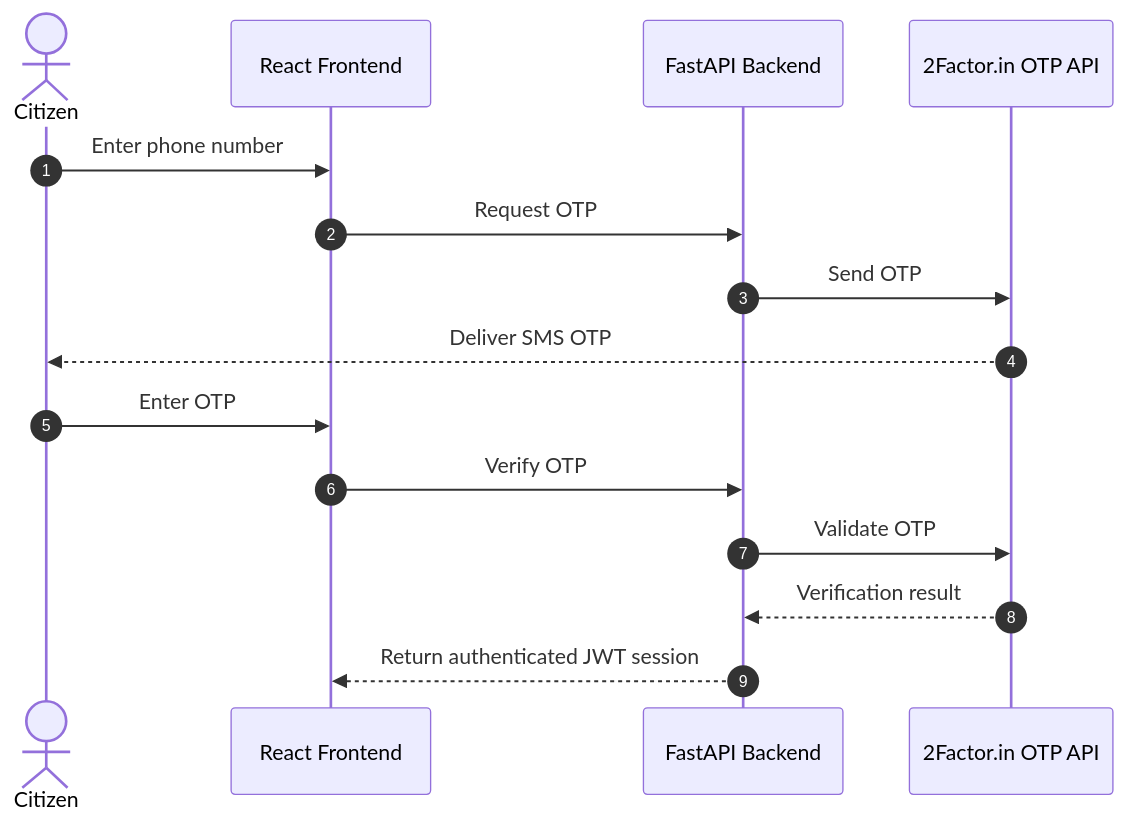
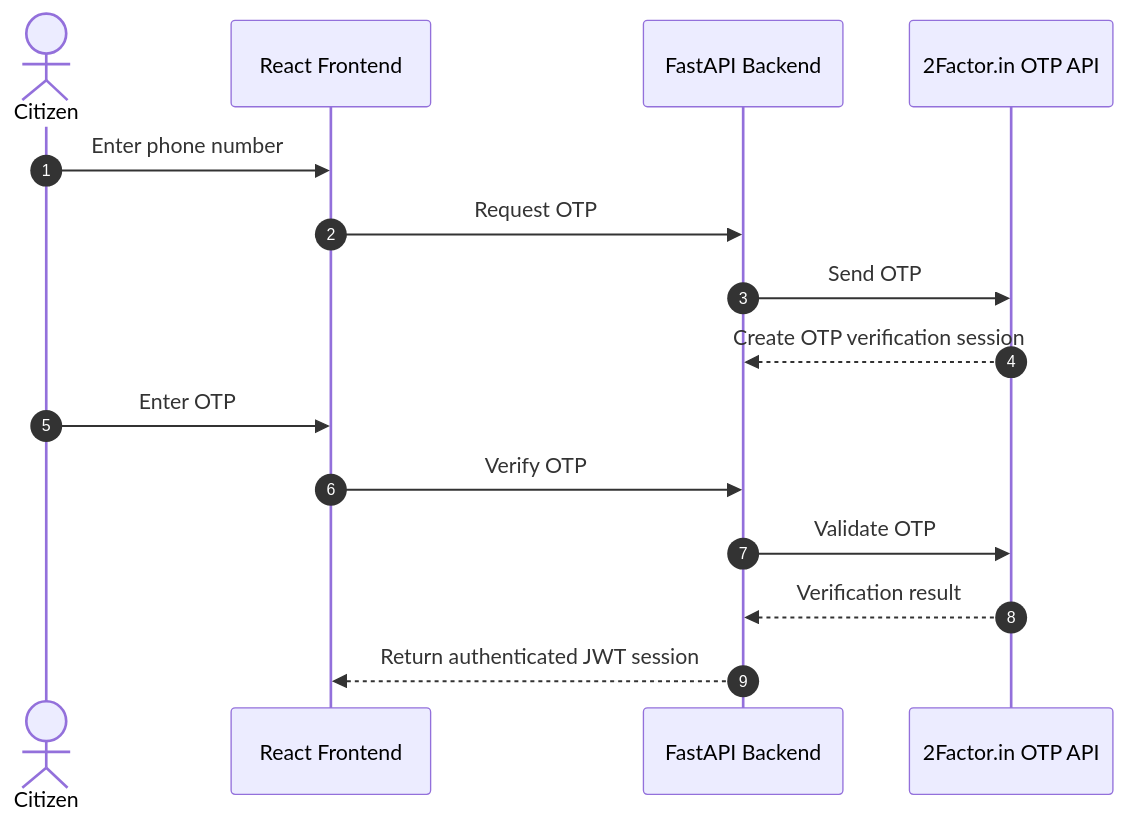
One commit to Harshit-Awasthi-05/Jan-Awaaz-AI changed the fourth of 6 diagrams in README.md. Above: the diagram before and after it, drawn with Mermaid. The commit also changed other lines of this file, not shown here.

````diff
--- a/README.md
+++ b/README.md
@@ -367,19 +364,19 @@
 ``` mermaid
 sequenceDiagram
     autonumber
     actor Citizen
     participant FE as React Frontend
     participant API as FastAPI Backend
     participant TwoFactor as 2Factor.in OTP API
     participant API as FastAPI Backend
 
     Citizen->>FE: Enter phone number
     FE->>API: Request OTP
     API->>TwoFactor: Send OTP
-    TwoFactor-->>Citizen: Deliver SMS OTP
+    TwoFactor-->>API: Create OTP verification session
     Citizen->>FE: Enter OTP
     FE->>API: Verify OTP
     API->>TwoFactor: Validate OTP
     TwoFactor-->>API: Verification result
     API-->>FE: Return authenticated JWT session
 ```
````
